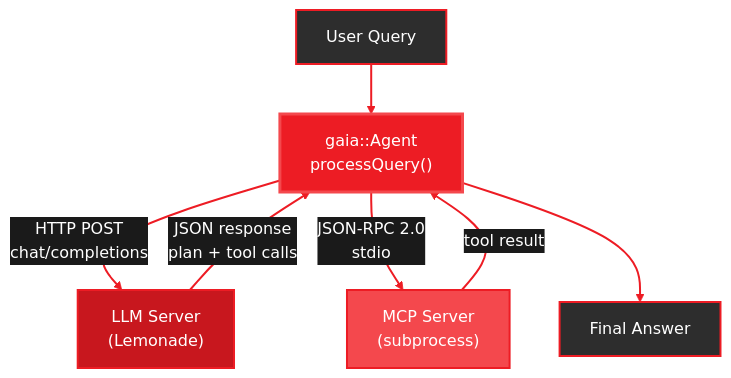
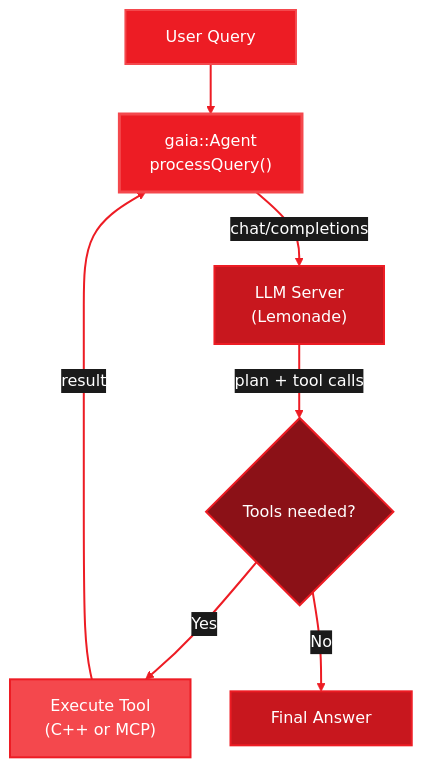
The first of 3 diagrams in docs/cpp/overview.mdx (amd/gaia), drawn with Mermaid before and after one commit. The commit also changed other lines of this file and 6 other files, not shown here.

````diff
--- a/docs/cpp/overview.mdx
+++ b/docs/cpp/overview.mdx
@@ -40,17 +40,18 @@
 ```mermaid
-%%{init: {'theme':'base', 'themeVariables': { 'primaryColor':'#ED1C24', 'fontSize':'16px', 'lineColor':'#ED1C24', 'primaryTextColor':'#fff', 'edgeLabelBackground':'#1a1a1a'}, 'flowchart': {'curve': 'basis'}}}%%
+%%{init: {'theme':'base', 'themeVariables': { 'primaryColor':'#ED1C24', 'fontSize':'16px', 'lineColor':'#ED1C24', 'primaryTextColor':'#fff', 'edgeLabelBackground':'#1a1a1a'}, 'flowchart': {'curve': 'basis', 'nodeSpacing': 40, 'rankSpacing': 50}}}%%
 flowchart TD
-    A["User Query"] --> B["gaia::Agent<br/>processQuery()"]
-    B -->|"HTTP POST<br/>chat/completions"| C["LLM Server<br/>(Lemonade)"]
-    C -->|"JSON response<br/>plan + tool calls"| B
-    B -->|"JSON-RPC 2.0<br/>stdio"| D["MCP Server<br/>(subprocess)"]
-    D -->|"tool result"| B
-    B --> E["Final Answer"]
+    A["&nbsp;&nbsp;User Query&nbsp;&nbsp;"] --> B["&nbsp;&nbsp;gaia::Agent&nbsp;&nbsp;<br/>processQuery()"]
+    B -->|"chat/completions"| C["&nbsp;&nbsp;LLM Server&nbsp;&nbsp;<br/>(Lemonade)"]
+    C -->|"plan + tool calls"| D{"&nbsp;&nbsp;Tools needed?&nbsp;&nbsp;"}
+    D -->|"Yes"| E["&nbsp;&nbsp;Execute Tool&nbsp;&nbsp;<br/>(C++ or MCP)"]
+    E -->|"result"| B
+    D -->|"No"| F["&nbsp;&nbsp;Final Answer&nbsp;&nbsp;"]
 
-    style A fill:#2d2d2d,stroke:#ED1C24,stroke-width:2px,color:#fff
+    style A fill:#ED1C24,stroke:#F4484D,stroke-width:2px,color:#fff
     style B fill:#ED1C24,stroke:#F4484D,stroke-width:3px,color:#fff
     style C fill:#C8171E,stroke:#ED1C24,stroke-width:2px,color:#fff
-    style D fill:#F4484D,stroke:#ED1C24,stroke-width:2px,color:#fff
-    style E fill:#2d2d2d,stroke:#ED1C24,stroke-width:2px,color:#fff
+    style D fill:#8B1117,stroke:#ED1C24,stroke-width:2px,color:#fff
+    style E fill:#F4484D,stroke:#ED1C24,stroke-width:2px,color:#fff
+    style F fill:#C8171E,stroke:#ED1C24,stroke-width:2px,color:#fff
     linkStyle default stroke:#ED1C24,stroke-width:2px
 ```
````
